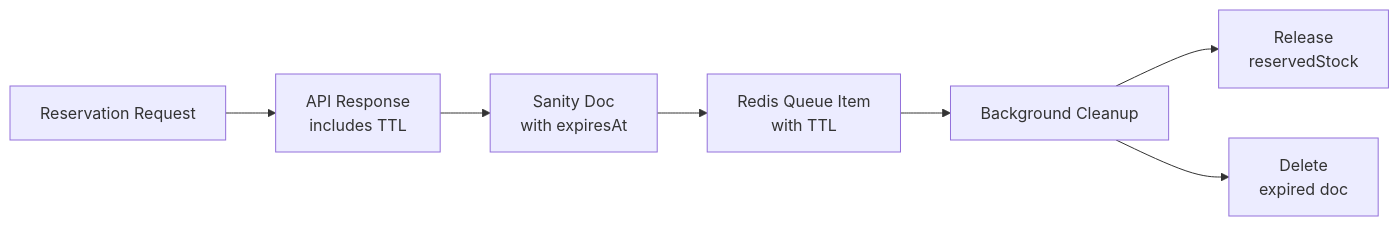
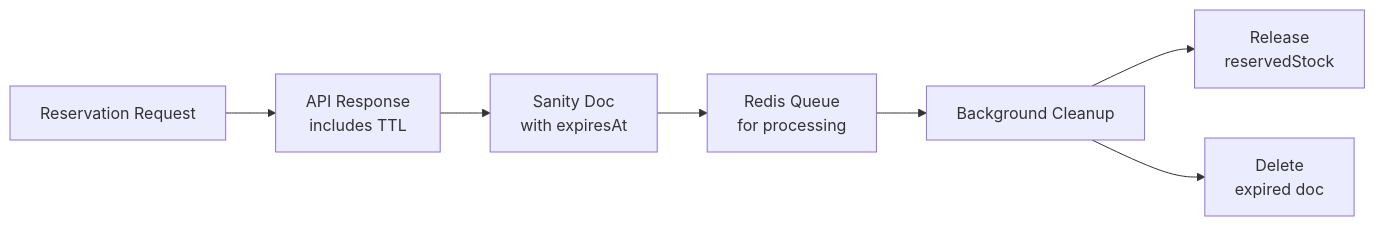
One commit to munrhalls/sanglogium changed the diagram in docs/checkout-queue/reservation-ttl/diagram.md. Above: the diagram before and after it, drawn with Mermaid. The commit also changed 1 other file, not shown here.

Commit message:
Difficulty: 1 - D, Documentation (checkout-queue/reservation-ttl): Updated PRD verification notes and diagram — → closes 0 DoD items, documentation updates

````diff
--- a/docs/checkout-queue/reservation-ttl/diagram.md
+++ b/docs/checkout-queue/reservation-ttl/diagram.md
@@ -1,9 +1,9 @@
 ```mermaid
 flowchart LR
     Request[Reservation Request] --> TTL[API Response<br/>includes TTL]
     TTL --> Sanity[Sanity Doc<br/>with expiresAt]
-    Sanity --> Redis[Redis Queue Item<br/>with TTL]
+    Sanity --> Redis[Redis Queue<br/>for processing]
     Redis --> Cleanup[Background Cleanup]
     Cleanup --> Stock[Release<br/>reservedStock]
     Cleanup --> Delete[Delete<br/>expired doc]
 ```
````
